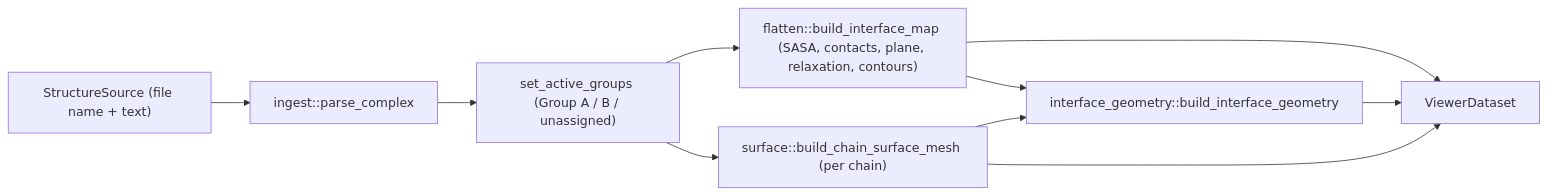
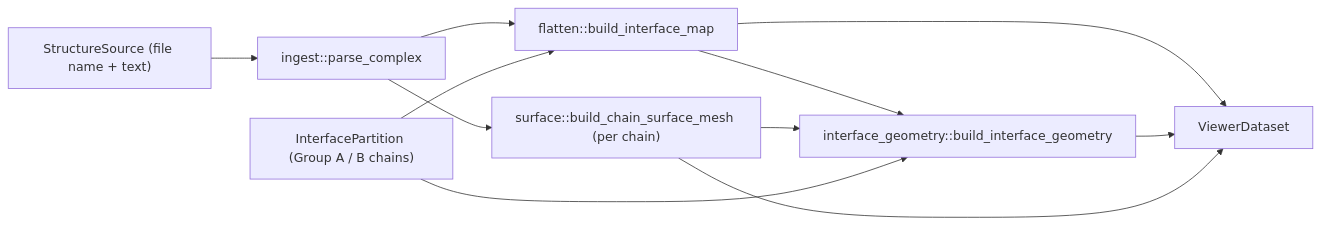
One commit to iamtomhansen/smorgasprot changed the diagram in docs/architecture.md. Above: the diagram before and after it, drawn with Mermaid. The commit also changed other lines of this file and 17 other files, not shown here.

````diff
--- a/docs/architecture.md
+++ b/docs/architecture.md
@@ -48,12 +53,14 @@
 ```mermaid
 flowchart LR
     src["StructureSource (file name + text)"] --> parse["ingest::parse_complex"]
-    parse --> groups["set_active_groups (Group A / B / unassigned)"]
-    groups --> map["flatten::build_interface_map (SASA, contacts, plane, relaxation, contours)"]
-    groups --> surf["surface::build_chain_surface_mesh (per chain)"]
+    part["InterfacePartition (Group A / B chains)"]
+    parse --> map["flatten::build_interface_map"]
+    part --> map
+    parse --> surf["surface::build_chain_surface_mesh (per chain)"]
     map --> geom["interface_geometry::build_interface_geometry"]
     surf --> geom
+    part --> geom
     map --> ds["ViewerDataset"]
     geom --> ds
     surf --> ds
 ```
````
